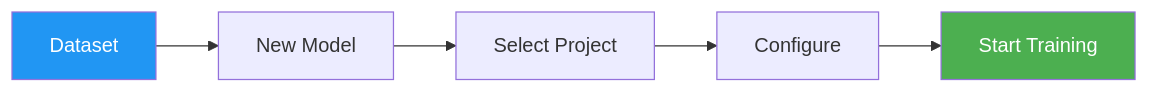
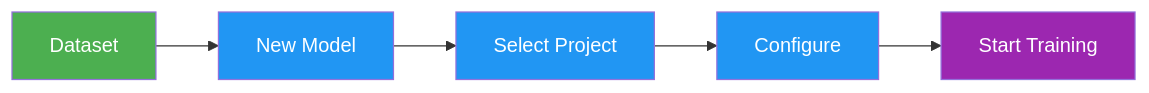
Before and after one commit to Dadalia1917/Yolo-RT-DETR-TrainCode: the second of 2 diagrams in docs/en/platform/data/datasets.md, drawn with Mermaid. The commit also changed other lines of this file and 767 other files, not shown here.

````diff
--- a/docs/en/platform/data/datasets.md
+++ b/docs/en/platform/data/datasets.md
@@ -686,10 +715,11 @@
 ```mermaid
 graph LR
-    A[Dataset] --> B[New Model]
-    B --> C[Select Project]
-    C --> D[Configure]
-    D --> E[Start Training]
+    A[Dataset]:::start --> B[New Model]:::proc
+    B --> C[Select Project]:::proc
+    C --> D[Configure]:::proc
+    D --> E[Start Training]:::out
 
-    style A fill:#2196F3,color:#fff
-    style E fill:#4CAF50,color:#fff
+    classDef start fill:#4CAF50,color:#fff
+    classDef proc fill:#2196F3,color:#fff
+    classDef out fill:#9C27B0,color:#fff
 ```
````
